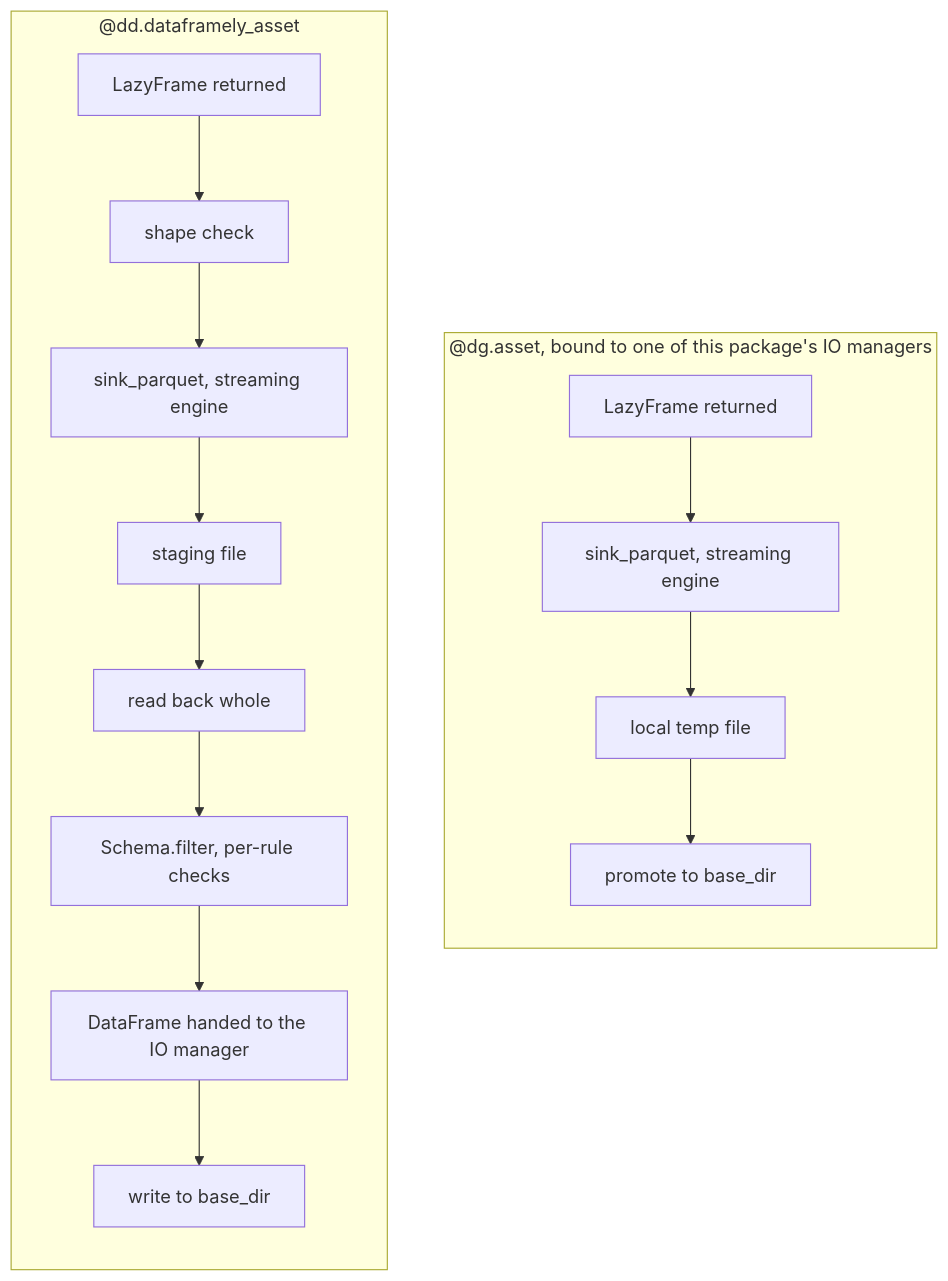
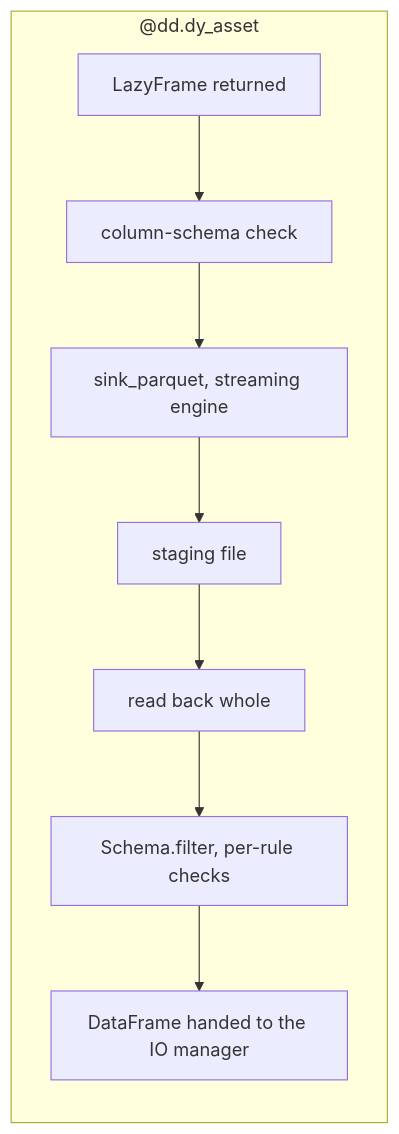
One commit to ozanozbeker/dagster-dataframely changed the diagram in README.md. Above: the diagram before and after it, drawn with Mermaid. The commit also changed other lines of this file and 24 other files, not shown here.

````diff
--- a/README.md
+++ b/README.md
@@ -597,19 +665,12 @@
 ```mermaid
 flowchart TB
-    subgraph plain["@dg.asset, bound to one of this package's IO managers"]
+    subgraph validated["@dd.dy_asset"]
         direction TB
-        P1["LazyFrame returned"] --> P2["sink_parquet, streaming engine"]
-        P2 --> P3["local temp file"]
-        P3 --> P4["promote to base_dir"]
-    end
-    subgraph validated["@dd.dataframely_asset"]
-        direction TB
-        V1["LazyFrame returned"] --> V2["shape check"]
+        V1["LazyFrame returned"] --> V2["column-schema check"]
         V2 --> V3["sink_parquet, streaming engine"]
         V3 --> V4["staging file"]
         V4 --> V5["read back whole"]
         V5 --> V6["Schema.filter, per-rule checks"]
         V6 --> V7["DataFrame handed to the IO manager"]
-        V7 --> V8["write to base_dir"]
     end
 ```
````
